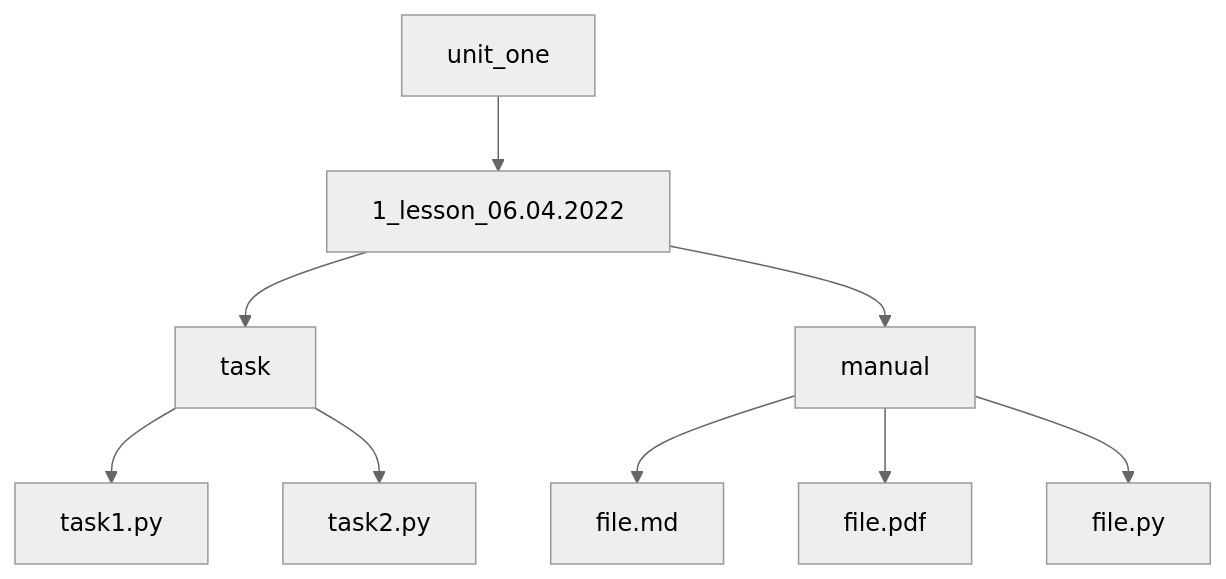
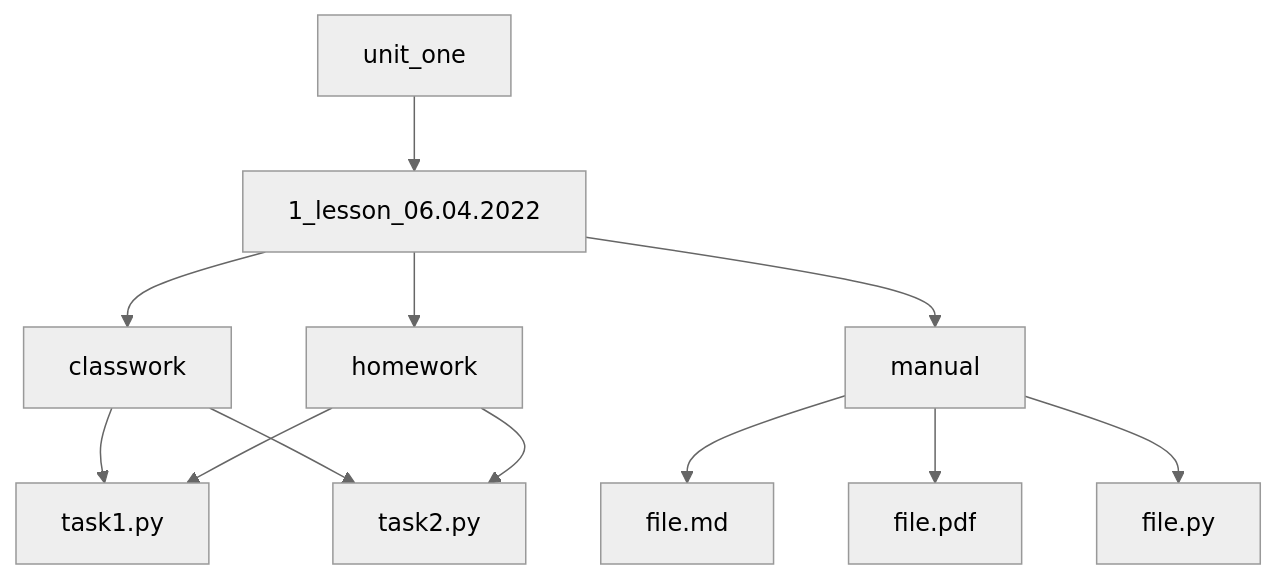
The first of 2 diagrams in README.MD (chertkov-vitaliy/python_autumn_2022), drawn with Mermaid (neutral theme) before and after one commit. The commit also changed other lines of this file, not shown here.

````diff
--- a/README.MD
+++ b/README.MD
@@ -26,11 +30,14 @@
 ```mermaid
 graph TD;
     unit_one-->1_lesson_06.04.2022;
-    1_lesson_06.04.2022-->task;
-    task-->task1.py;
-    task-->task2.py;
+    1_lesson_06.04.2022-->classwork;
+    classwork-->task1.py;
+    classwork-->task2.py;
+    1_lesson_06.04.2022-->homework;
+    homework-->task1.py;
+    homework-->task2.py;
     1_lesson_06.04.2022-->manual;
     manual-->file.md;
     manual-->file.pdf
     manual-->file.py       
 ```
````
